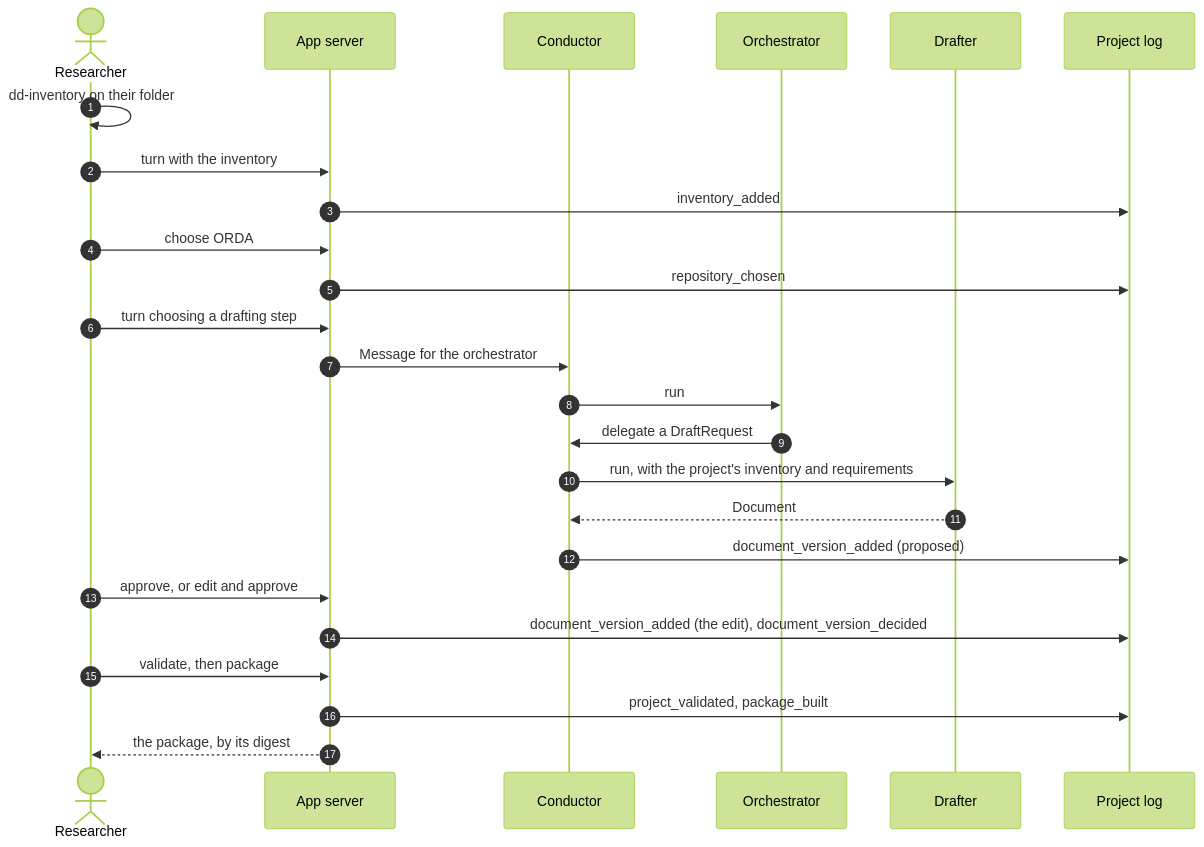
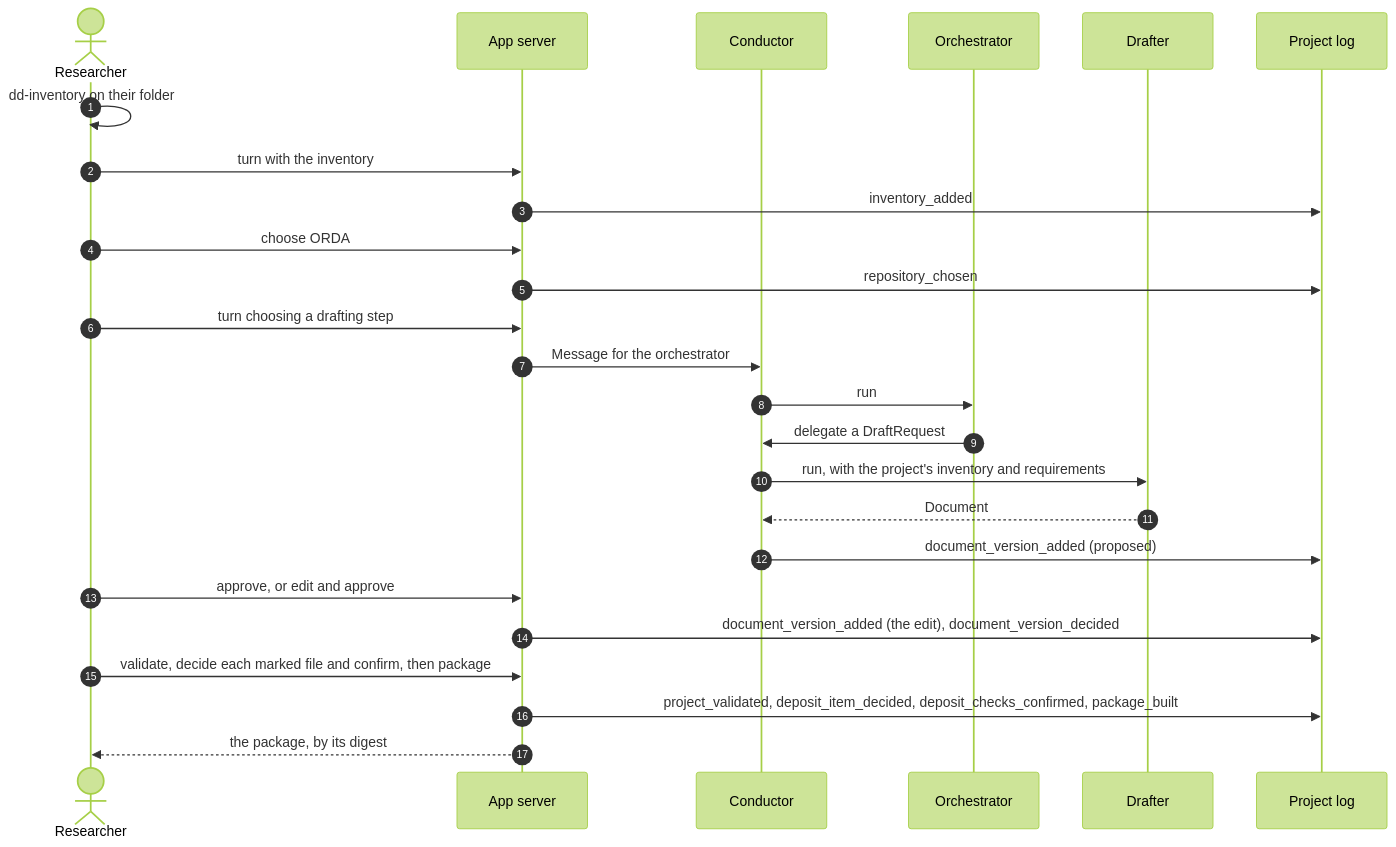
One commit to data-director-agent/data-director changed the fifth of 6 diagrams in docs/architecture.md. Above: the diagram before and after it, drawn with Mermaid (forest theme). The commit also changed other lines of this file and 46 other files, not shown here.

````diff
--- a/docs/architecture.md
+++ b/docs/architecture.md
@@ -283,28 +283,28 @@
 ```mermaid
 sequenceDiagram
     autonumber
     actor R as Researcher
     participant App as App server
     participant C as Conductor
     participant D as Orchestrator
     participant X as Drafter
     participant L as Project log
 
     R->>R: dd-inventory on their folder
     R->>App: turn with the inventory
     App->>L: inventory_added
     R->>App: choose ORDA
     App->>L: repository_chosen
     R->>App: turn choosing a drafting step
     App->>C: Message for the orchestrator
     C->>D: run
     D->>C: delegate a DraftRequest
     C->>X: run, with the project's inventory and requirements
     X-->>C: Document
     C->>L: document_version_added (proposed)
     R->>App: approve, or edit and approve
     App->>L: document_version_added (the edit), document_version_decided
-    R->>App: validate, then package
-    App->>L: project_validated, package_built
+    R->>App: validate, decide each marked file and confirm, then package
+    App->>L: project_validated, deposit_item_decided, deposit_checks_confirmed, package_built
     App-->>R: the package, by its digest
 ```
````
